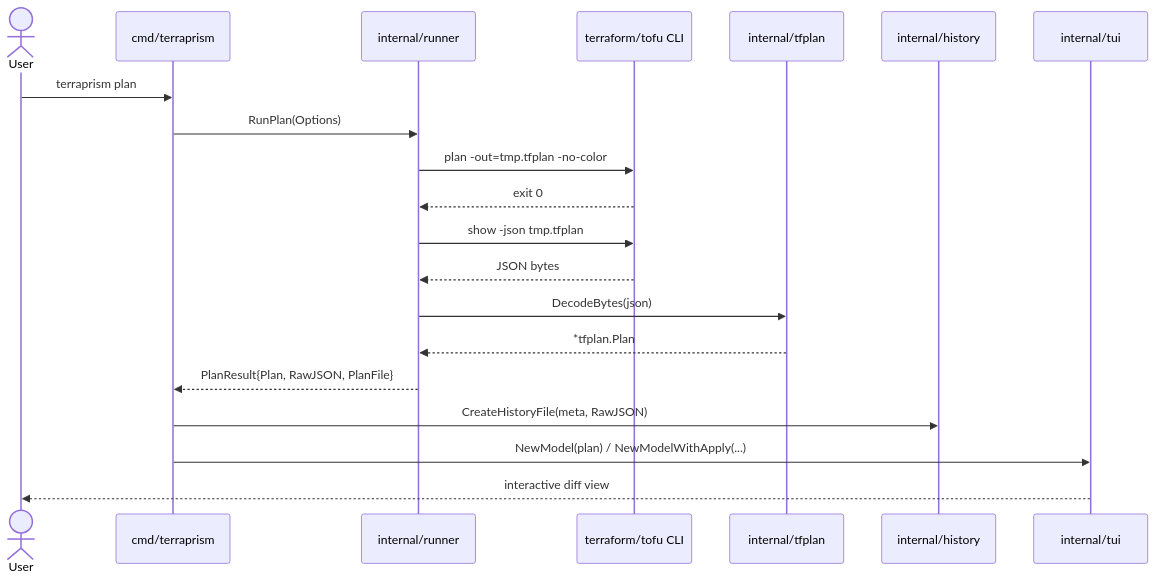
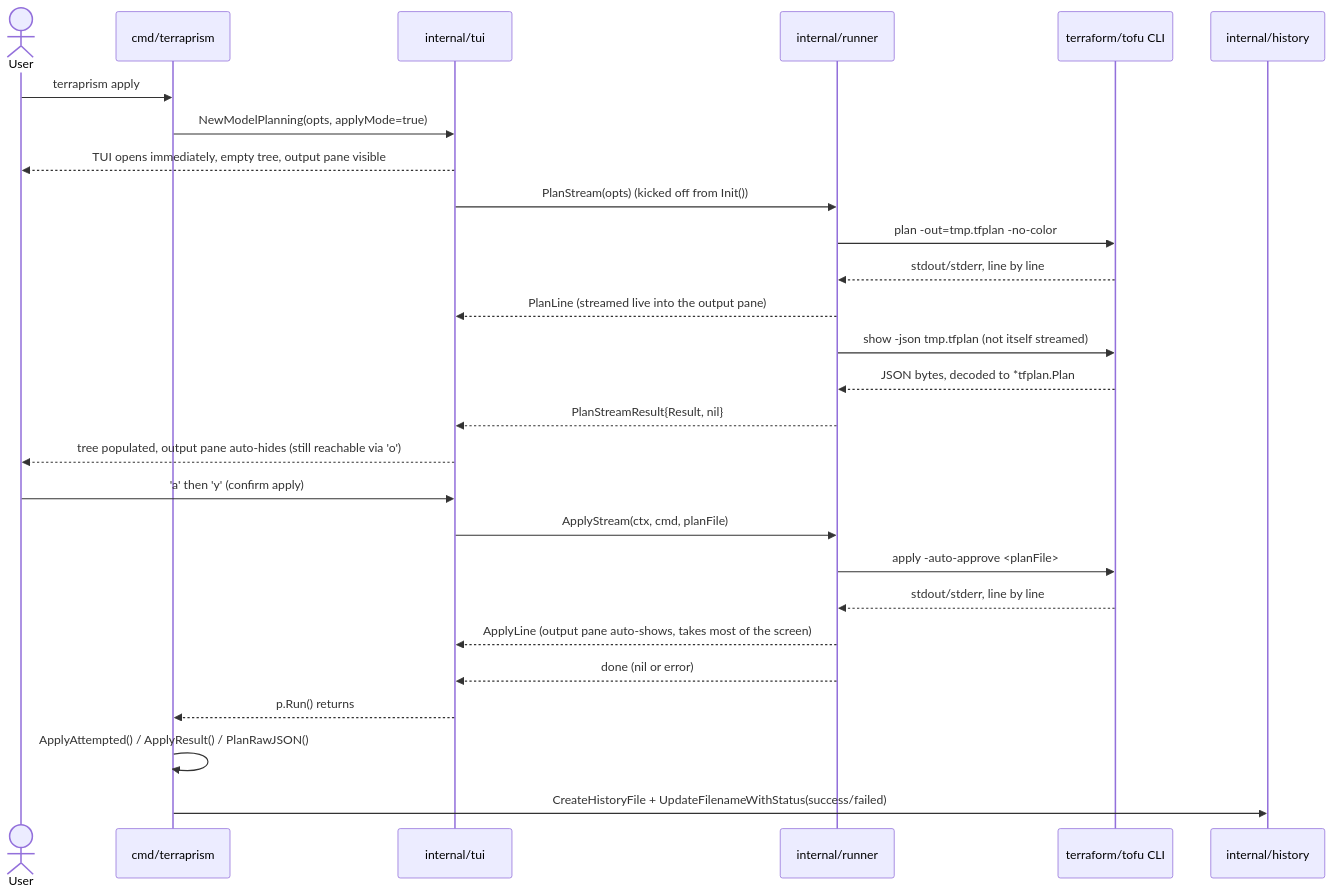
The fourth of 7 diagrams in ARCHITECTURE.md (choovick/terraprism), drawn with Mermaid before and after one commit. The commit also changed other lines of this file and 5 other files, not shown here.

First line of the commit message:
feat: give the output pane most of the screen, plus nav/search; refresh docs

````diff
--- a/ARCHITECTURE.md
+++ b/ARCHITECTURE.md
@@ -113,23 +198,31 @@
 ```mermaid
 sequenceDiagram
     actor User
     participant Main as cmd/terraprism
+    participant TUI as internal/tui
     participant Runner as internal/runner
     participant TF as terraform/tofu CLI
-    participant TFPlan as internal/tfplan
     participant Hist as internal/history
-    participant TUI as internal/tui
 
-    User->>Main: terraprism plan
-    Main->>Runner: RunPlan(Options)
+    User->>Main: terraprism apply
+    Main->>TUI: NewModelPlanning(opts, applyMode=true)
+    TUI-->>User: TUI opens immediately, empty tree, output pane visible
+    TUI->>Runner: PlanStream(opts) (kicked off from Init())
     Runner->>TF: plan -out=tmp.tfplan -no-color
-    TF-->>Runner: exit 0
-    Runner->>TF: show -json tmp.tfplan
-    TF-->>Runner: JSON bytes
-    Runner->>TFPlan: DecodeBytes(json)
-    TFPlan-->>Runner: *tfplan.Plan
-    Runner-->>Main: PlanResult{Plan, RawJSON, PlanFile}
-    Main->>Hist: CreateHistoryFile(meta, RawJSON)
-    Main->>TUI: NewModel(plan) / NewModelWithApply(...)
-    TUI-->>User: interactive diff view
+    TF-->>Runner: stdout/stderr, line by line
+    Runner-->>TUI: PlanLine (streamed live into the output pane)
+    Runner->>TF: show -json tmp.tfplan (not itself streamed)
+    TF-->>Runner: JSON bytes, decoded to *tfplan.Plan
+    Runner-->>TUI: PlanStreamResult{Result, nil}
+    TUI-->>User: tree populated, output pane auto-hides (still reachable via 'o')
+
+    User->>TUI: 'a' then 'y' (confirm apply)
+    TUI->>Runner: ApplyStream(ctx, cmd, planFile)
+    Runner->>TF: apply -auto-approve <planFile>
+    TF-->>Runner: stdout/stderr, line by line
+    Runner-->>TUI: ApplyLine (output pane auto-shows, takes most of the screen)
+    Runner-->>TUI: done (nil or error)
+    TUI-->>Main: p.Run() returns
+    Main->>Main: ApplyAttempted() / ApplyResult() / PlanRawJSON()
+    Main->>Hist: CreateHistoryFile + UpdateFilenameWithStatus(success/failed)
 ```
````
